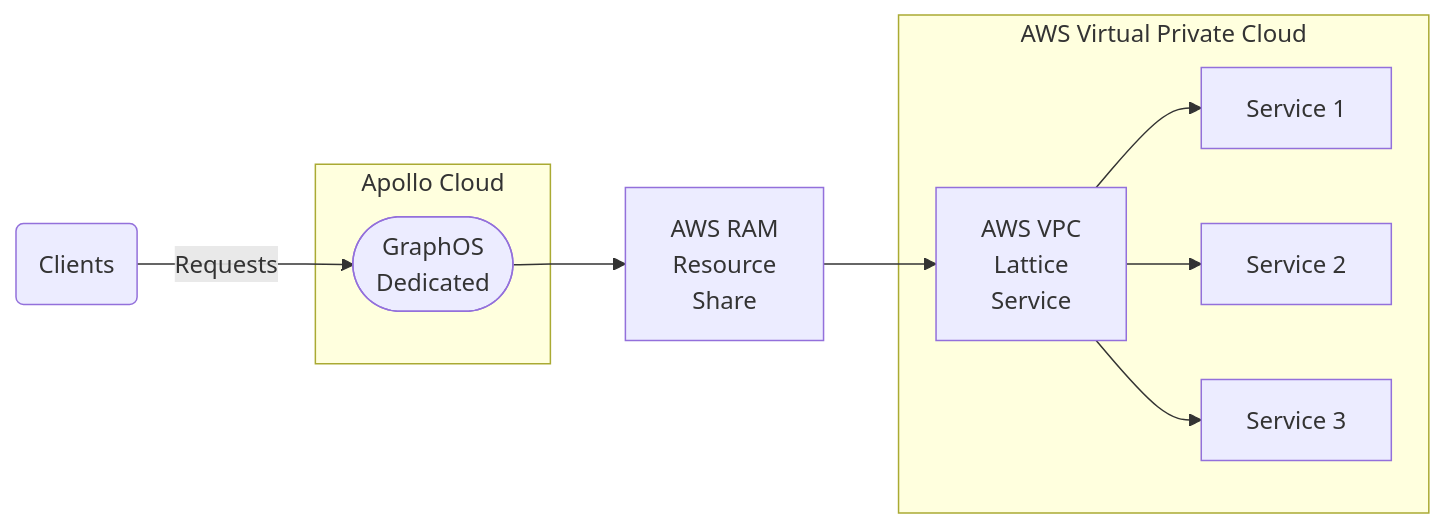
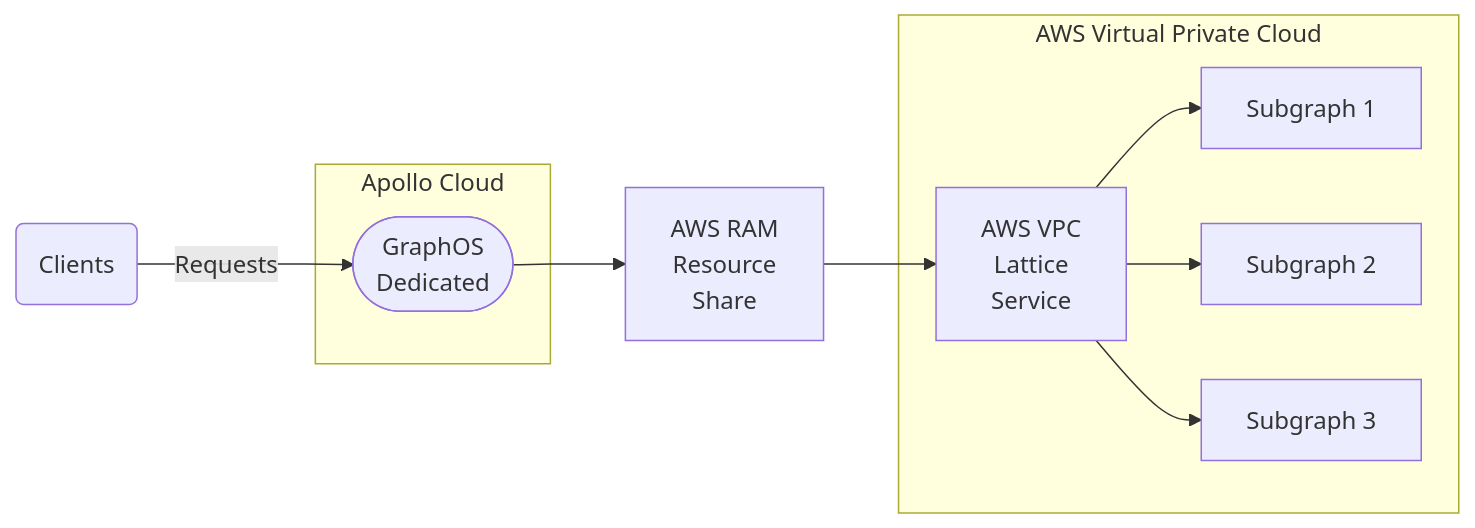
Before and after one commit to apollographql/docs: the diagram in src/content/graphos/basics/routing/cloud-dedicated/lattice.mdx, drawn with Mermaid. The commit also changed other lines of this file and 1 other file, not shown here.

````diff
--- a/src/content/graphos/basics/routing/cloud-dedicated/lattice.mdx
+++ b/src/content/graphos/basics/routing/cloud-dedicated/lattice.mdx
@@ -11,20 +10,20 @@
 ```mermaid
 flowchart LR;
   clients(Clients);
   subgraph "Apollo Cloud";
     router(["GraphOS <br/> Dedicated"]);
   end;
   resourceshare["AWS RAM <br/> Resource <br/> Share"]
   subgraph "AWS Virtual Private Cloud"
     lattice[AWS VPC <br/> Lattice <br/> Service]
-    service1[Service 1];
-    service2[Service 2];
-    service3[Service 3];
+    service1[Subgraph 1];
+    service2[Subgraph 2];
+    service3[Subgraph 3];
   end;
 
   router --> resourceshare
   resourceshare --> lattice
   lattice --> service1 & service2 & service3;
 
   clients -->|Requests| router;
 ```
````
